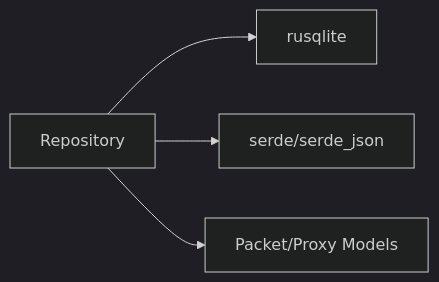
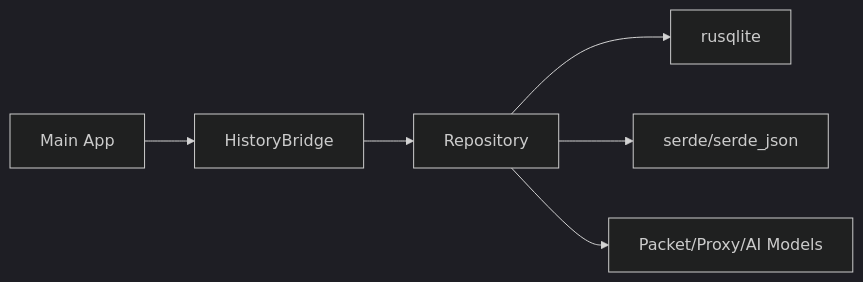
Before and after one commit to arhamymr/hexbuffer: the eighth of 8 diagrams in .qoder/repowiki/en/content/Database Design/Database Design.md, drawn with Mermaid (dark theme). The commit also changed other lines of this file and 21 other files, not shown here.

````diff
--- a/.qoder/repowiki/en/content/Database Design/Database Design.md
+++ b/.qoder/repowiki/en/content/Database Design/Database Design.md
@@ -630,10 +840,14 @@
 ```mermaid
 graph LR
 REPO["Repository"]
 SQLITE["rusqlite"]
 SERDE["serde/serde_json"]
-MODELS["Packet/Proxy Models"]
+MODELS["Packet/Proxy/AI Models"]
+BRIDGE["HistoryBridge"]
+MAIN["Main App"]
 REPO --> SQLITE
 REPO --> SERDE
 REPO --> MODELS
+BRIDGE --> REPO
+MAIN --> BRIDGE
 ```
````
